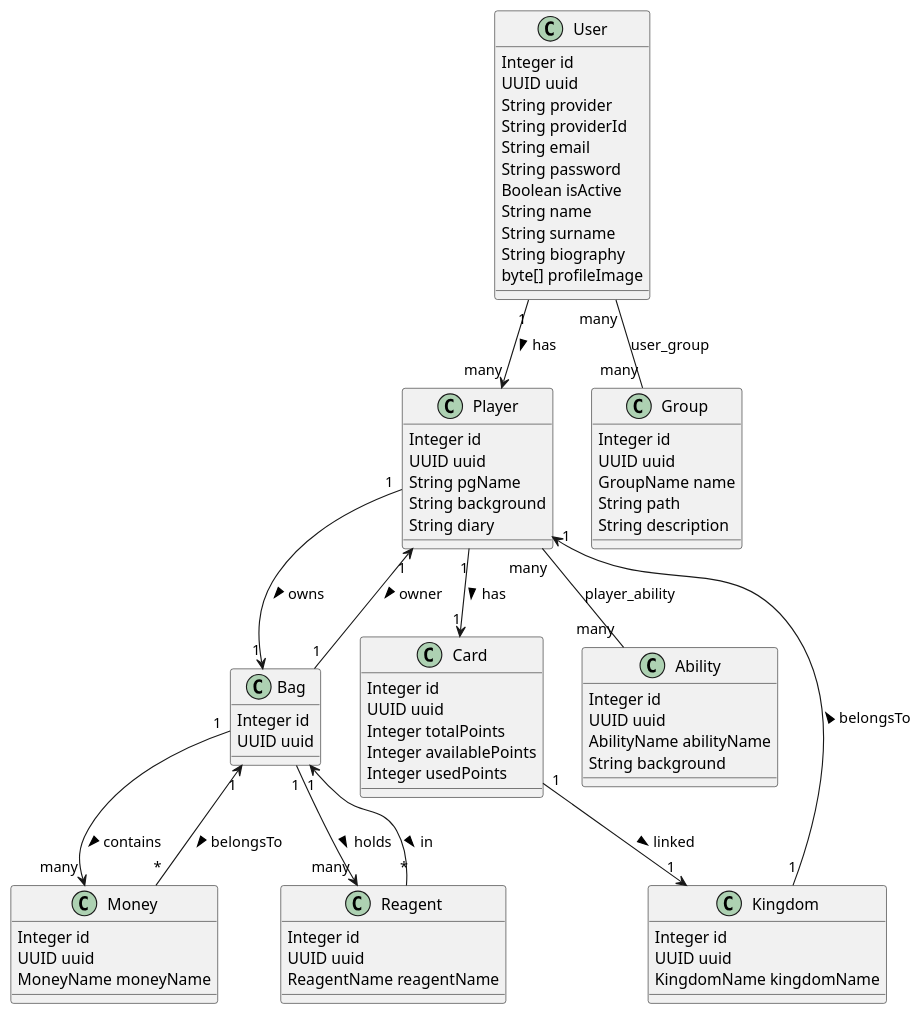
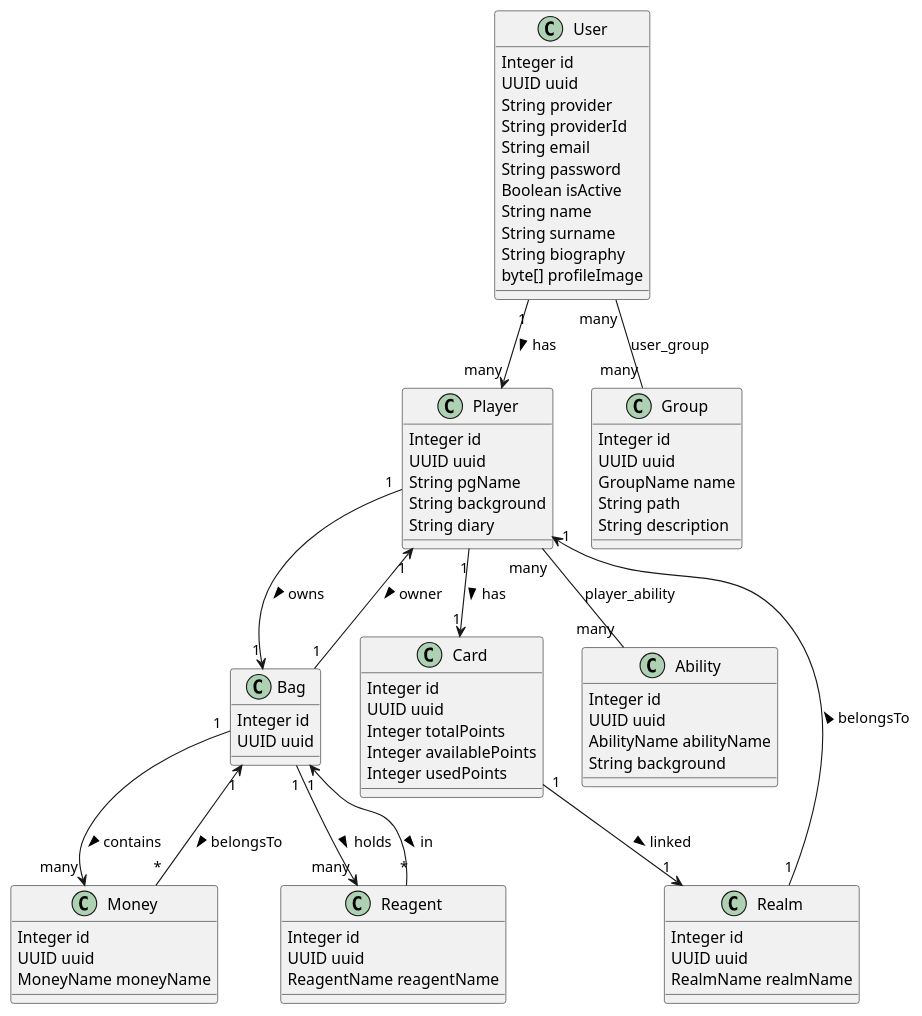
Before and after one commit to Tonio-D-San/UserAuthBe: the diagram in puml/models.puml, drawn with PlantUML. The commit also changed 25 other files, not shown here.

```diff
--- a/puml/models.puml
+++ b/puml/models.puml
@@ -1,114 +1,114 @@
 @startuml
 ' ==========================
 ' MODELS
 ' ==========================
 
 class Player {
   Integer id
   UUID uuid
   String pgName
   String background
   String diary
 }
 
 class Bag {
   Integer id
   UUID uuid
 }
 
 class Money {
   Integer id
   UUID uuid
   MoneyName moneyName
 }
 
-class Kingdom {
+class Realm {
   Integer id
   UUID uuid
-  KingdomName kingdomName
+  RealmName realmName
 }
 
 class Card {
   Integer id
   UUID uuid
   Integer totalPoints
   Integer availablePoints
   Integer usedPoints
 }
 
 class Ability {
   Integer id
   UUID uuid
   AbilityName abilityName
   String background
 }
 
 class Reagent {
   Integer id
   UUID uuid
   ReagentName reagentName
 }
 
 class User {
   Integer id
   UUID uuid
   String provider
   String providerId
   String email
   String password
   Boolean isActive
   String name
   String surname
   String biography
   byte[] profileImage
 }
 
 class Group {
   Integer id
   UUID uuid
   GroupName name
   String path
   String description
 }
 
 ' ==========================
 ' RELAZIONI
 ' ==========================
 
 ' --- User ↔ Player ---
 User "1" --> "many" Player : has >
 
 ' --- Player ↔ Card ---
 Player "1" --> "1" Card : has >
 
 ' --- Player ↔ Bag ---
 Player "1" --> "1" Bag : owns >
 
 ' --- Bag ↔ Player ---
 Bag "1" --> "1" Player : owner <
 
 ' --- Player ↔ PlayerAbilities (many-to-many) ---
 Player "many" -- "many" Ability : player_ability
 
 ' --- Bag ↔ Money (one-to-many) ---
 Bag "1" --> "many" Money : contains >
 
 ' --- Money ↔ Bag ---
 Money "*" --> "1" Bag : belongsTo <
 
 ' --- Bag ↔ Reagent (one-to-many) ---
 Bag "1" --> "many" Reagent : holds >
 
 ' --- Reagent ↔ Bag ---
 Reagent "*" --> "1" Bag : in <
 
-' --- Card ↔ Kingdom (one-to-one) ---
-Card "1" --> "1" Kingdom : linked >
+' --- Card ↔ Realm (one-to-one) ---
+Card "1" --> "1" Realm : linked >
 
-' --- Kingdom ↔ Player (one-to-one) ---
-Kingdom "1" --> "1" Player : belongsTo >
+' --- Realm ↔ Player (one-to-one) ---
+Realm "1" --> "1" Player : belongsTo >
 
 ' --- User ↔ Group (many-to-many) ---
 User "many" -- "many" Group : user_group
 
 @enduml
```
